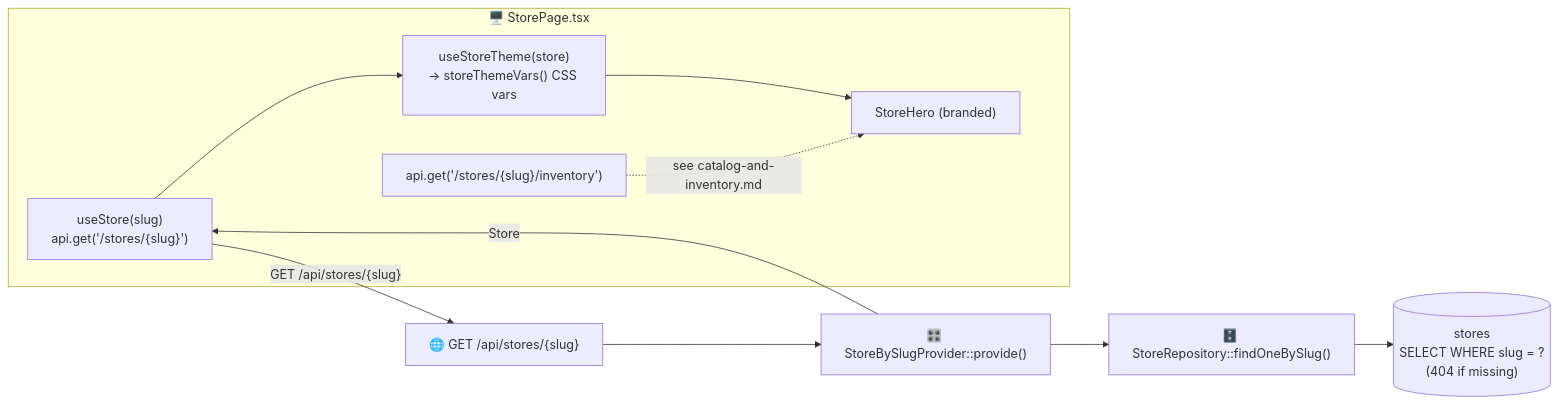
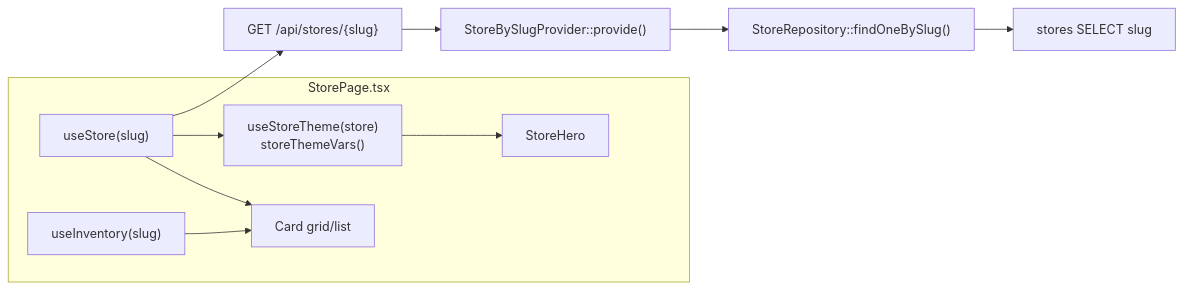
The second of 5 diagrams in architecture/stores-and-branding.md (tedy97123/store), drawn with Mermaid before and after one commit. The commit also changed other lines of this file and 43 other files, not shown here.

````diff
--- a/architecture/stores-and-branding.md
+++ b/architecture/stores-and-branding.md
@@ -35,16 +38,17 @@
 ```mermaid
 flowchart LR
-    subgraph FE["🖥️ StorePage.tsx"]
-        us["useStore(slug)<br/>api.get('/stores/{slug}')"]
-        ut["useStoreTheme(store)<br/>→ storeThemeVars() CSS vars"]
-        inv["api.get('/stores/{slug}/inventory')"]
-        hero["StoreHero (branded)"]
+    subgraph FE["StorePage.tsx"]
+        us["useStore(slug)"]
+        theme["useStoreTheme(store)<br/>storeThemeVars()"]
+        inv["useInventory(slug)"]
+        hero["StoreHero"]
+        cards["Card grid/list"]
     end
-    us -->|"GET /api/stores/{slug}"| rt["🌐 GET /api/stores/{slug}"]
-    rt --> prov["🎛️ StoreBySlugProvider::provide()"]
-    prov --> repo["🗄️ StoreRepository::findOneBySlug()"]
-    repo --> db[("stores<br/>SELECT WHERE slug = ?<br/>(404 if missing)")]
-    prov -->|"Store"| us
-    us --> ut --> hero
-    inv -. "see catalog-and-inventory.md" .-> hero
+    us --> rt["GET /api/stores/{slug}"]
+    rt --> prov["StoreBySlugProvider::provide()"]
+    prov --> repo["StoreRepository::findOneBySlug()"]
+    repo --> db["stores SELECT slug"]
+    us --> theme --> hero
+    us --> cards
+    inv --> cards
 ```
````
